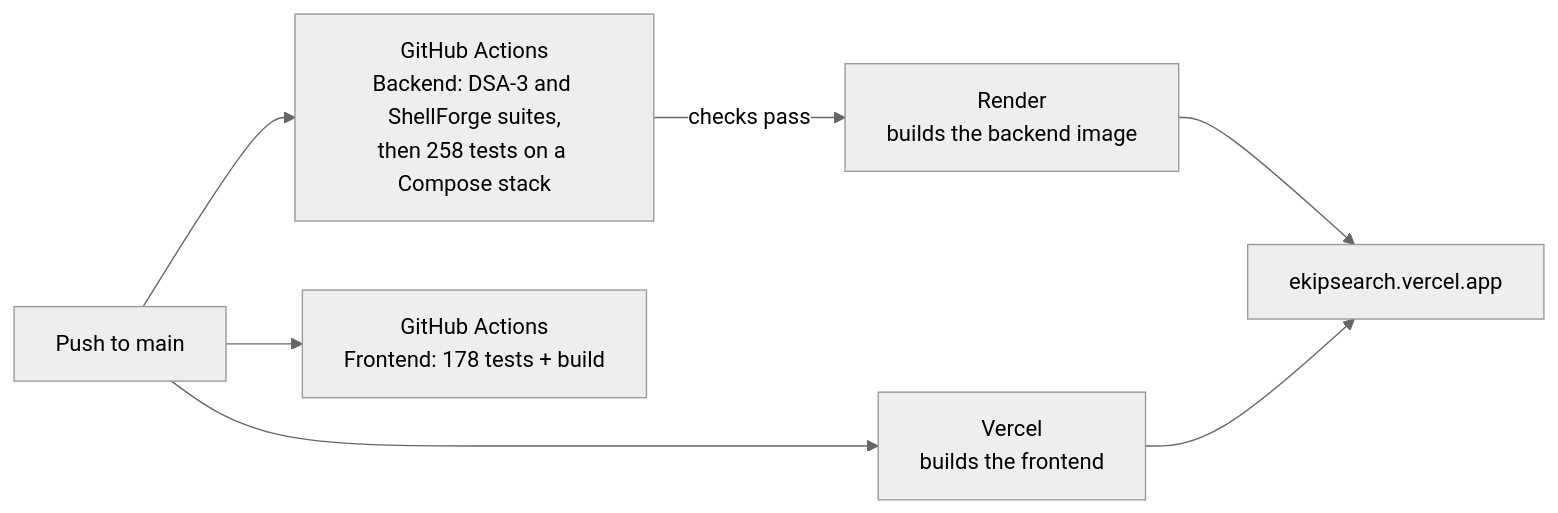
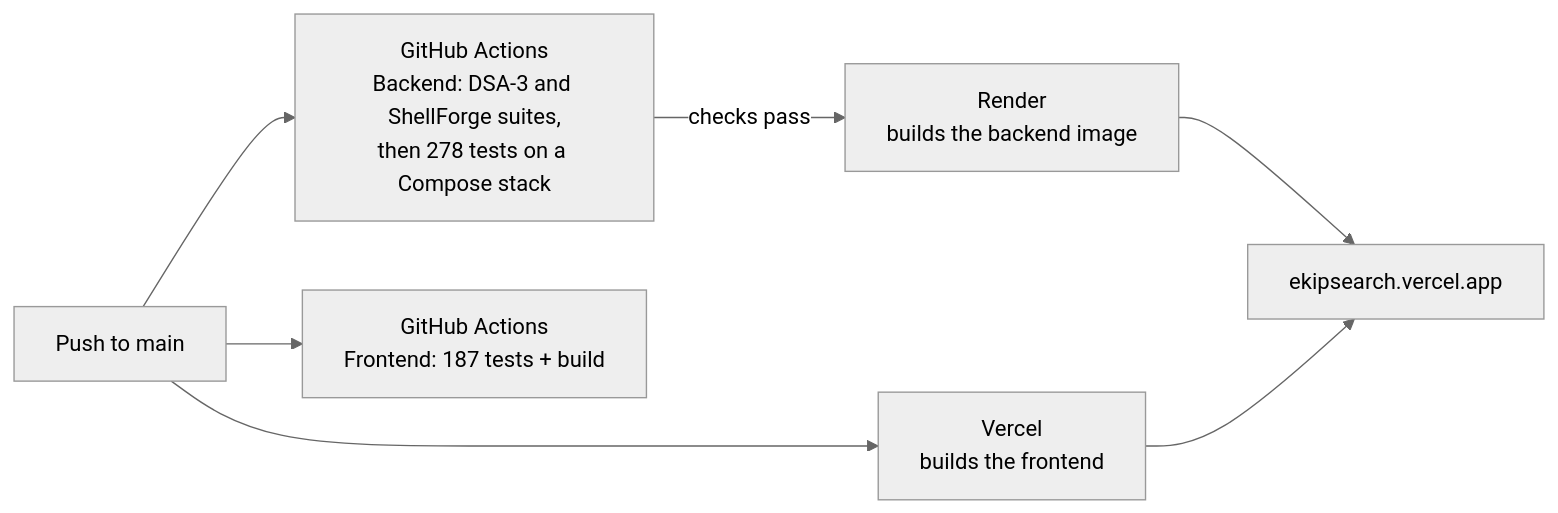
Before and after one commit to SathyaMaragani/Enterprise-Knowledge-Intelligence-Platform: the seventh of 7 diagrams in docs/PROJECT_OVERVIEW.md, drawn with Mermaid (neutral theme). The commit also changed other lines of this file and 7 other files, not shown here.

````diff
--- a/docs/PROJECT_OVERVIEW.md
+++ b/docs/PROJECT_OVERVIEW.md
@@ -358,9 +358,9 @@
 ```mermaid
 flowchart LR
-    GH[Push to main] --> CI1[GitHub Actions<br/>Backend: DSA-3 and ShellForge suites,<br/>then 258 tests on a Compose stack]
-    GH --> CI2[GitHub Actions<br/>Frontend: 178 tests + build]
+    GH[Push to main] --> CI1[GitHub Actions<br/>Backend: DSA-3 and ShellForge suites,<br/>then 278 tests on a Compose stack]
+    GH --> CI2[GitHub Actions<br/>Frontend: 187 tests + build]
     CI1 -->|checks pass| RD[Render<br/>builds the backend image]
     GH --> VC[Vercel<br/>builds the frontend]
     RD --> LIVE[ekipsearch.vercel.app]
     VC --> LIVE
 ```
````
